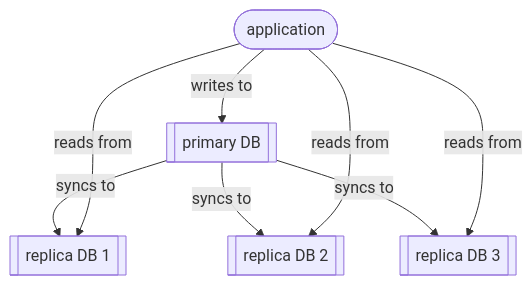
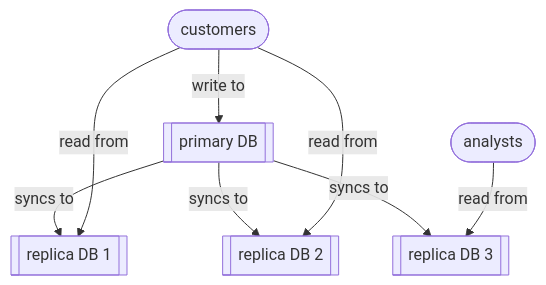
The second of 2 diagrams in r/read_replicas.md (conmaol/maglocunus), drawn with Mermaid before and after one commit. The commit also changed other lines of this file, not shown here.

First line of the commit message:
Enhance read replicas documentation for clarity

````diff
--- a/r/read_replicas.md
+++ b/r/read_replicas.md
@@ -18,15 +24,16 @@
 ```mermaid
 flowchart TD
-  primary[[primary DB]]
-  replica1[[replica DB 1]]
-  replica2[[replica DB 2]]
-  replica3[[replica DB 3]]
+  customers([customers])
+  analysts([analysts])
+  primary[["primary DB"]]
+  replica1[["replica DB 1"]]
+  replica2[["replica DB 2"]]
+  replica3[["replica DB 3"]]
   primary -- "syncs to" --> replica1
   primary -- "syncs to" --> replica2
   primary -- "syncs to" --> replica3
-  user(["application"])
-  user -- "writes to" --> primary
-  user -- "reads from" --> replica1
-  user -- "reads from" --> replica2
-  user -- "reads from" --> replica3
+  customers -- "write to" --> primary
+  customers -- "read from" --> replica1
+  customers -- "read from" --> replica2
+  analysts -- "read from" -->replica3
 ```
````
